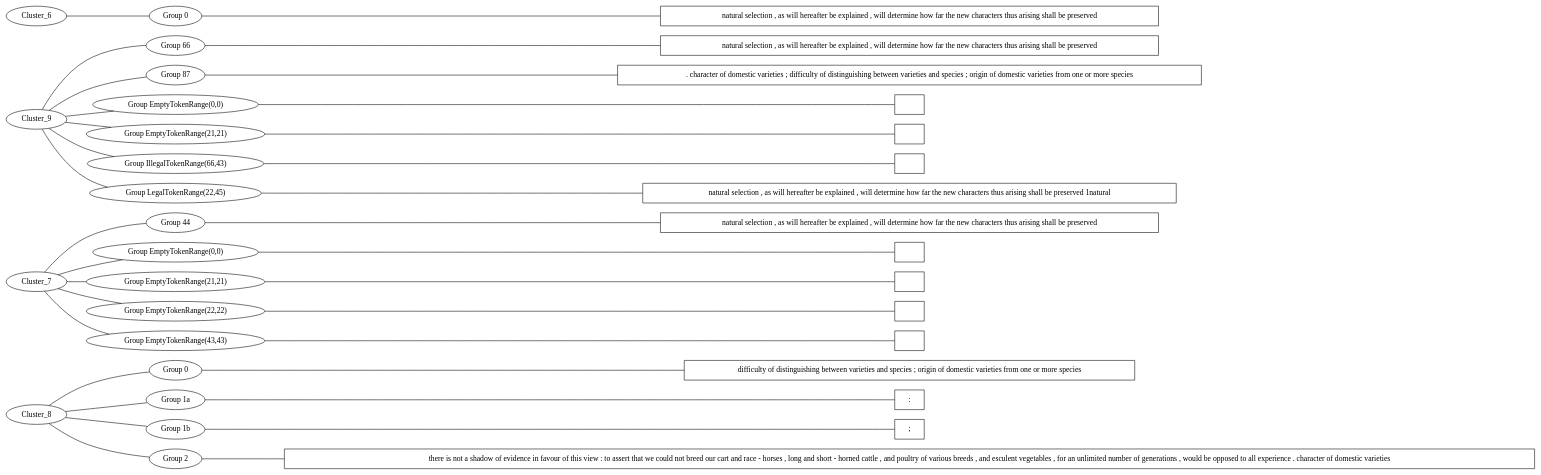
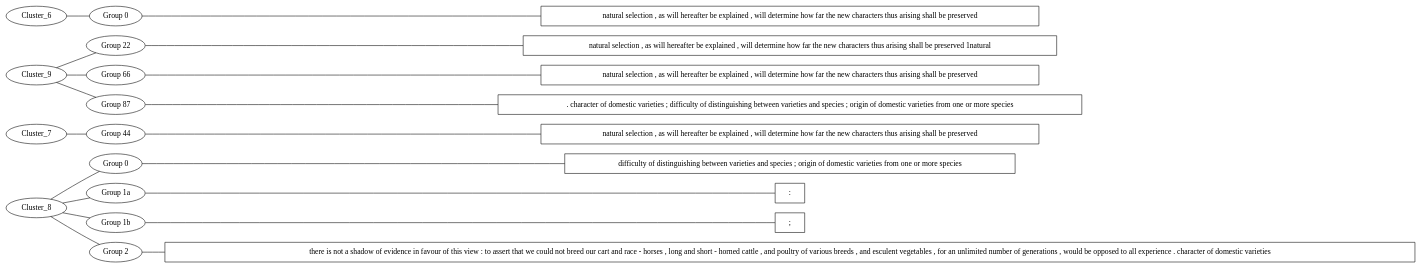
One commit to djbpitt/scala-graphing-sandbox changed the diagram in src/main/outputs/hypergraph.dot. Above: the diagram before and after it, drawn with Graphviz. The commit also changed 1 other file, not shown here.

Commit message:
Filter empty token ranges out of pre and post hypergraph split results to avoid creating unwanted hyperedges for them

```diff
--- a/src/main/outputs/hypergraph.dot
+++ b/src/main/outputs/hypergraph.dot
@@ -1,67 +1,39 @@
 graph MyGraph {
 rankdir = LR
 "Cluster_8_2_reading" [shape=box label="there is not a shadow of evidence in favour of this view : to assert that we could not breed our cart and race - horses , long and short - horned cattle , and poultry of various breeds , and esculent vegetables , for an unlimited number of generations , would be opposed to all experience . character of domestic varieties "]
 "Cluster_8_1b_reading" [shape=box label="; "]
 "Cluster_8_1a_reading" [shape=box label=": "]
 "Cluster_8_0_reading" [shape=box label="difficulty of distinguishing between varieties and species ; origin of domestic varieties from one or more species "]
 "Cluster_8_0" [label="Group 0"]
 "Cluster_8_1a" [label="Group 1a"]
 "Cluster_8_1b" [label="Group 1b"]
 "Cluster_8_2" [label="Group 2"]
 "Cluster_8_2" -- "Cluster_8_2_reading"
 "Cluster_8_1b" -- "Cluster_8_1b_reading"
 "Cluster_8_1a" -- "Cluster_8_1a_reading"
 "Cluster_8_0" -- "Cluster_8_0_reading"
 Cluster_8 -- "Cluster_8_2"
 Cluster_8 -- "Cluster_8_1b"
 Cluster_8 -- "Cluster_8_1a"
 Cluster_8 -- "Cluster_8_0"
-"Cluster_7_EmptyTokenRange(43,43)_reading" [shape=box label=""]
-"Cluster_7_EmptyTokenRange(22,22)_reading" [shape=box label=""]
-"Cluster_7_EmptyTokenRange(21,21)_reading" [shape=box label=""]
-"Cluster_7_EmptyTokenRange(0,0)_reading" [shape=box label=""]
 "Cluster_7_44_reading" [shape=box label="natural selection , as will hereafter be explained , will determine how far the new characters thus arising shall be preserved "]
 "Cluster_7_44" [label="Group 44"]
-"Cluster_7_EmptyTokenRange(0,0)" [label="Group EmptyTokenRange(0,0)"]
-"Cluster_7_EmptyTokenRange(21,21)" [label="Group EmptyTokenRange(21,21)"]
-"Cluster_7_EmptyTokenRange(22,22)" [label="Group EmptyTokenRange(22,22)"]
-"Cluster_7_EmptyTokenRange(43,43)" [label="Group EmptyTokenRange(43,43)"]
-"Cluster_7_EmptyTokenRange(43,43)" -- "Cluster_7_EmptyTokenRange(43,43)_reading"
-"Cluster_7_EmptyTokenRange(22,22)" -- "Cluster_7_EmptyTokenRange(22,22)_reading"
-"Cluster_7_EmptyTokenRange(21,21)" -- "Cluster_7_EmptyTokenRange(21,21)_reading"
-"Cluster_7_EmptyTokenRange(0,0)" -- "Cluster_7_EmptyTokenRange(0,0)_reading"
 "Cluster_7_44" -- "Cluster_7_44_reading"
-Cluster_7 -- "Cluster_7_EmptyTokenRange(43,43)"
-Cluster_7 -- "Cluster_7_EmptyTokenRange(22,22)"
-Cluster_7 -- "Cluster_7_EmptyTokenRange(21,21)"
-Cluster_7 -- "Cluster_7_EmptyTokenRange(0,0)"
 Cluster_7 -- "Cluster_7_44"
-"Cluster_9_LegalTokenRange(22,45)_reading" [shape=box label="natural selection , as will hereafter be explained , will determine how far the new characters thus arising shall be preserved 1natural "]
-"Cluster_9_IllegalTokenRange(66,43)_reading" [shape=box label=""]
-"Cluster_9_EmptyTokenRange(21,21)_reading" [shape=box label=""]
-"Cluster_9_EmptyTokenRange(0,0)_reading" [shape=box label=""]
 "Cluster_9_87_reading" [shape=box label=". character of domestic varieties ; difficulty of distinguishing between varieties and species ; origin of domestic varieties from one or more species "]
 "Cluster_9_66_reading" [shape=box label="natural selection , as will hereafter be explained , will determine how far the new characters thus arising shall be preserved "]
+"Cluster_9_22_reading" [shape=box label="natural selection , as will hereafter be explained , will determine how far the new characters thus arising shall be preserved 1natural "]
+"Cluster_9_22" [label="Group 22"]
 "Cluster_9_66" [label="Group 66"]
 "Cluster_9_87" [label="Group 87"]
-"Cluster_9_EmptyTokenRange(0,0)" [label="Group EmptyTokenRange(0,0)"]
-"Cluster_9_EmptyTokenRange(21,21)" [label="Group EmptyTokenRange(21,21)"]
-"Cluster_9_IllegalTokenRange(66,43)" [label="Group IllegalTokenRange(66,43)"]
-"Cluster_9_LegalTokenRange(22,45)" [label="Group LegalTokenRange(22,45)"]
-"Cluster_9_LegalTokenRange(22,45)" -- "Cluster_9_LegalTokenRange(22,45)_reading"
-"Cluster_9_IllegalTokenRange(66,43)" -- "Cluster_9_IllegalTokenRange(66,43)_reading"
-"Cluster_9_EmptyTokenRange(21,21)" -- "Cluster_9_EmptyTokenRange(21,21)_reading"
-"Cluster_9_EmptyTokenRange(0,0)" -- "Cluster_9_EmptyTokenRange(0,0)_reading"
 "Cluster_9_87" -- "Cluster_9_87_reading"
 "Cluster_9_66" -- "Cluster_9_66_reading"
-Cluster_9 -- "Cluster_9_LegalTokenRange(22,45)"
-Cluster_9 -- "Cluster_9_IllegalTokenRange(66,43)"
-Cluster_9 -- "Cluster_9_EmptyTokenRange(21,21)"
-Cluster_9 -- "Cluster_9_EmptyTokenRange(0,0)"
+"Cluster_9_22" -- "Cluster_9_22_reading"
 Cluster_9 -- "Cluster_9_87"
 Cluster_9 -- "Cluster_9_66"
+Cluster_9 -- "Cluster_9_22"
 "Cluster_6_0_reading" [shape=box label="natural selection , as will hereafter be explained , will determine how far the new characters thus arising shall be preserved "]
 "Cluster_6_0" [label="Group 0"]
 "Cluster_6_0" -- "Cluster_6_0_reading"
 Cluster_6 -- "Cluster_6_0"
 }
```
